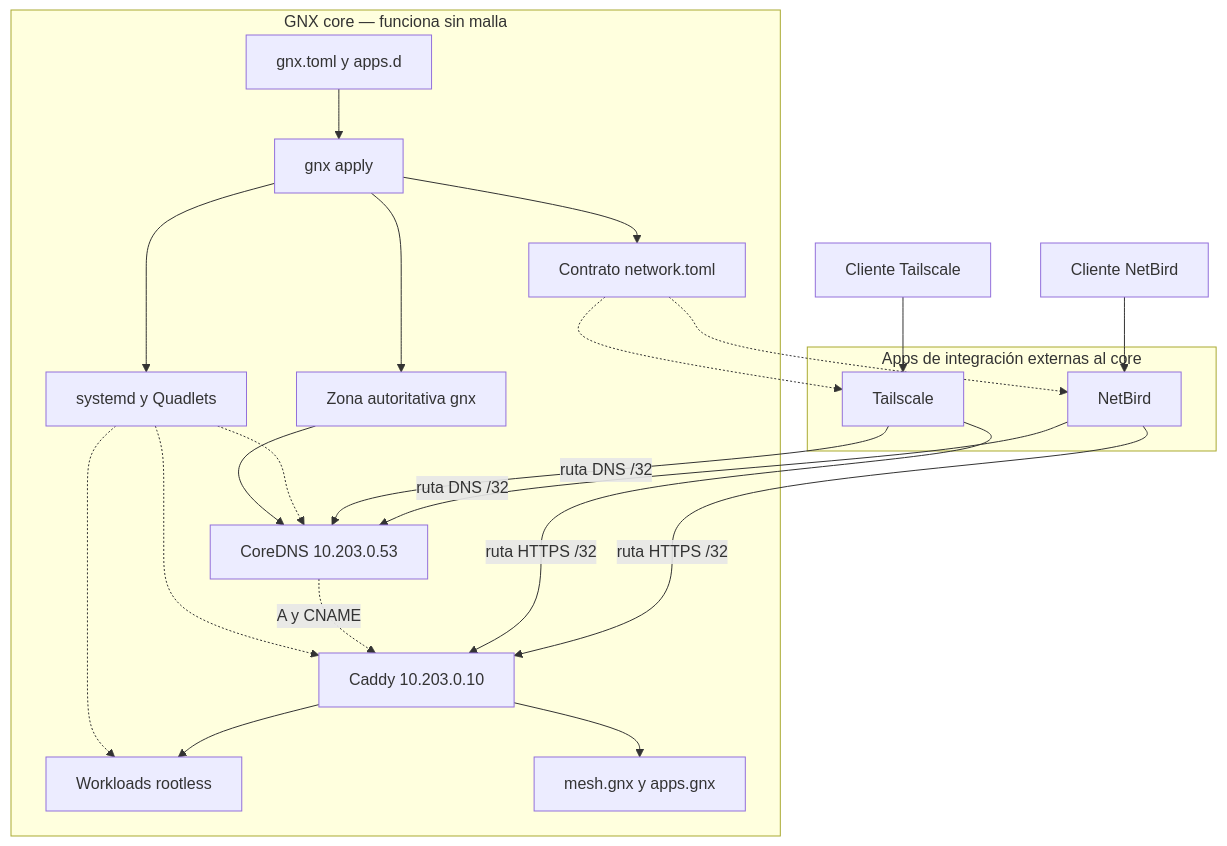
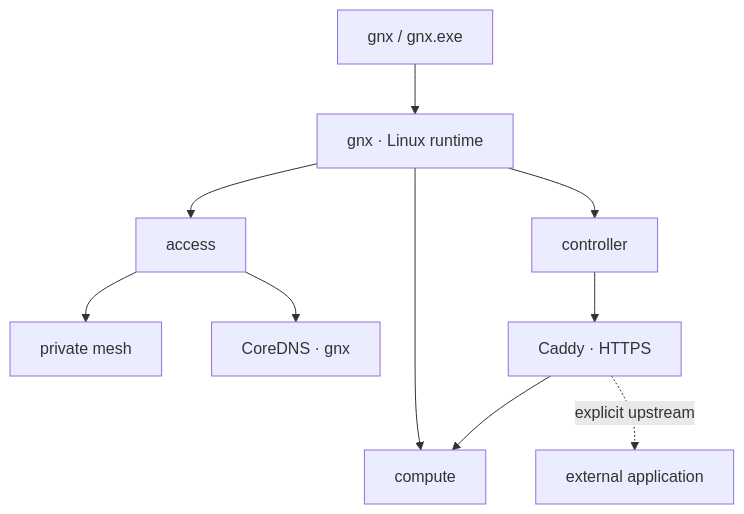
One commit to mayas-alas/quetzalcoatl changed the first of 6 diagrams in docs/arquitectura.md. Above: the diagram before and after it, drawn with Mermaid. The commit also changed other lines of this file and 1 other file, not shown here.

````diff
--- a/docs/arquitectura.md
+++ b/docs/arquitectura.md
@@ -40,30 +17,13 @@
 ```mermaid
 flowchart TB
-    subgraph CORE["GNX core — funciona sin malla"]
-        CFG["gnx.toml y apps.d"] --> APPLY["gnx apply"]
-        APPLY --> ZONE["Zona autoritativa gnx"]
-        APPLY --> CONTRACT["Contrato network.toml"]
-        APPLY --> SD["systemd y Quadlets"]
-        ZONE --> DNS["CoreDNS 10.203.0.53"]
-        SD -.-> DNS
-        SD -.-> EDGE["Caddy 10.203.0.10"]
-        SD -.-> WORKLOADS["Workloads rootless"]
-        DNS -.->|"A y CNAME"| EDGE
-        EDGE --> PORTAL["mesh.gnx y apps.gnx"]
-        EDGE --> WORKLOADS
-    end
+    OP["gnx / gnx.exe"] --> CORE["gnx · Linux runtime"]
+    CORE --> ACCESS["access"]
+    CORE --> COMPUTE["compute"]
+    CORE --> CONTROLLER["controller"]
 
-    subgraph EXT["Apps de integración externas al core"]
-        TSAPP["Tailscale"]
-        NBAPP["NetBird"]
-    end
-
-    CONTRACT -.-> TSAPP
-    CONTRACT -.-> NBAPP
-    TSCLIENT["Cliente Tailscale"] --> TSAPP
-    NBCLIENT["Cliente NetBird"] --> NBAPP
-    TSAPP -->|"ruta DNS /32"| DNS
-    NBAPP -->|"ruta DNS /32"| DNS
-    TSAPP -->|"ruta HTTPS /32"| EDGE
-    NBAPP -->|"ruta HTTPS /32"| EDGE
+    ACCESS --> TS["private mesh"]
+    ACCESS --> DNS["CoreDNS · gnx"]
+    CONTROLLER --> CADDY["Caddy · HTTPS"]
+    CADDY --> COMPUTE
+    CADDY -.->|"explicit upstream"| EXT["external application"]
 ```
````
